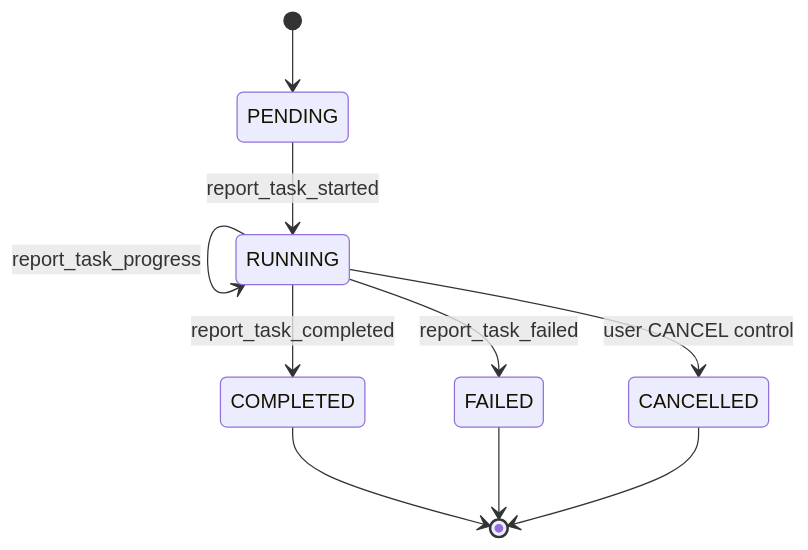
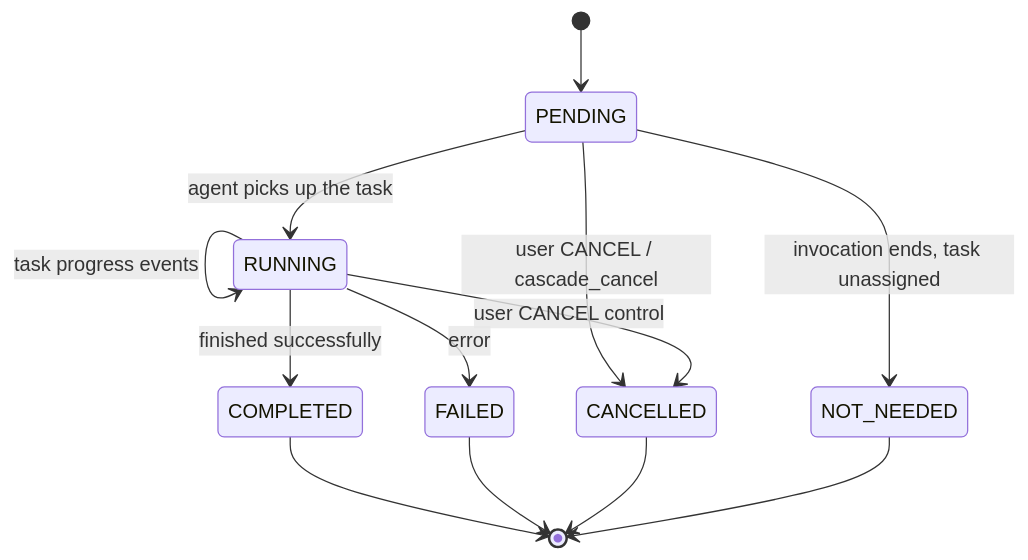
Before and after one commit to pedapudi/harmonograf: the first of 3 diagrams in docs/user-guide/tasks-and-plans.md, drawn with Mermaid. The commit also changed other lines of this file and 55 other files, not shown here.

````diff
--- a/docs/user-guide/tasks-and-plans.md
+++ b/docs/user-guide/tasks-and-plans.md
@@ -20,12 +28,15 @@
 ```mermaid
 stateDiagram-v2
     [*] --> PENDING
-    PENDING --> RUNNING : report_task_started
-    RUNNING --> RUNNING : report_task_progress
-    RUNNING --> COMPLETED : report_task_completed
-    RUNNING --> FAILED : report_task_failed
+    PENDING --> RUNNING : agent picks up the task
+    PENDING --> NOT_NEEDED : invocation ends, task unassigned
+    PENDING --> CANCELLED : user CANCEL / cascade_cancel
+    RUNNING --> RUNNING : task progress events
+    RUNNING --> COMPLETED : finished successfully
+    RUNNING --> FAILED : error
     RUNNING --> CANCELLED : user CANCEL control
     COMPLETED --> [*]
     FAILED --> [*]
     CANCELLED --> [*]
+    NOT_NEEDED --> [*]
 ```
````
